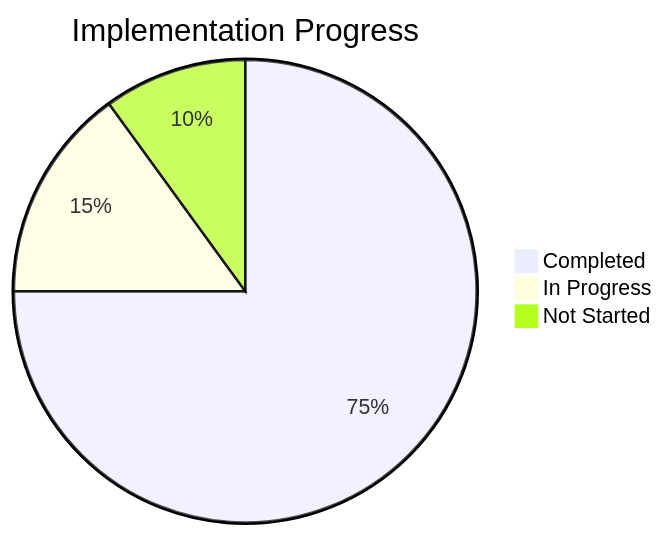
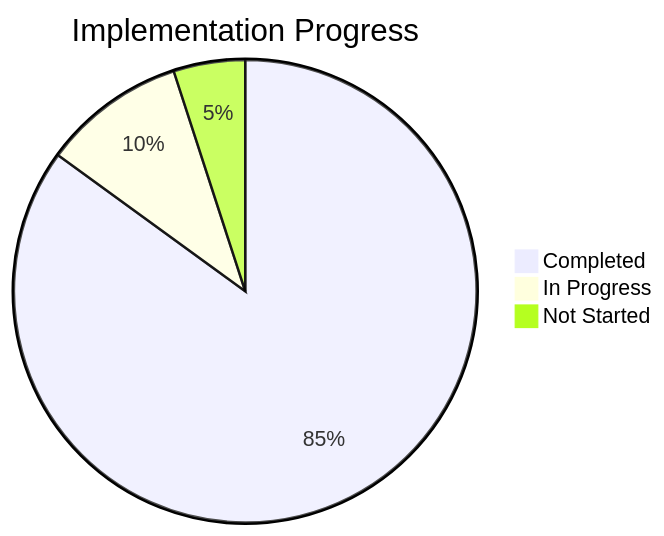
The diagram in docs/progress.md (rupertgermann/tower-defence), drawn with Mermaid before and after one commit. The commit also changed other lines of this file, not shown here.

````diff
--- a/docs/progress.md
+++ b/docs/progress.md
@@ -3,6 +3,6 @@
 ```mermaid
 pie title Implementation Progress
-    "Completed" : 75
-    "In Progress" : 15
-    "Not Started" : 10
+    "Completed" : 85
+    "In Progress" : 10
+    "Not Started" : 5
 ```
````
